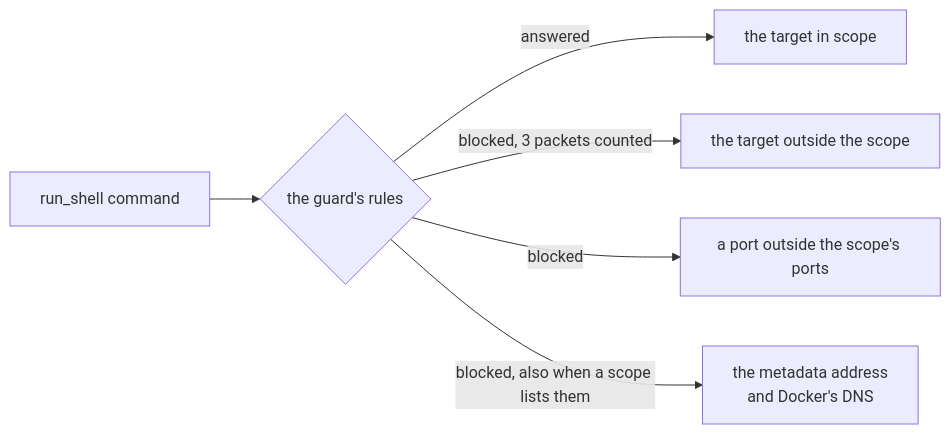
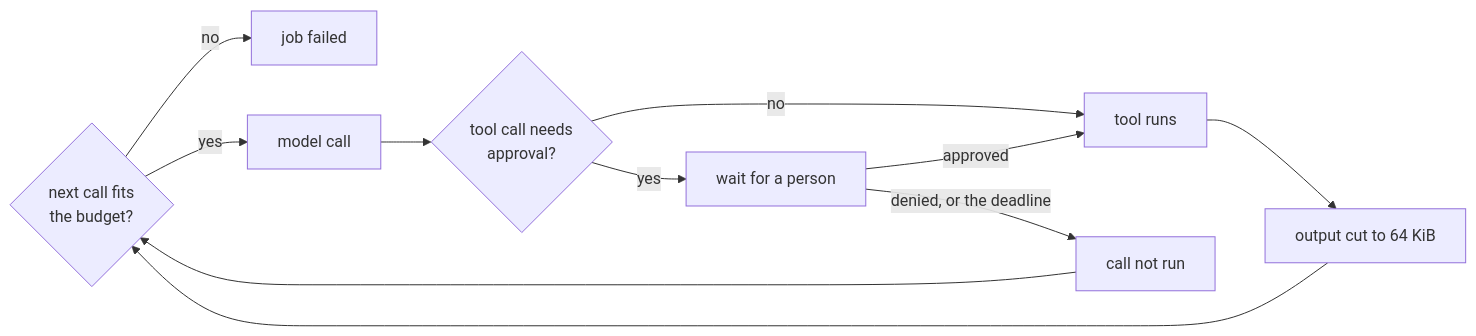
One commit to sindredg/agent-runtime changed the diagram in docs/results/controls.md. Above: the diagram before and after it, drawn with Mermaid. The commit also changed other lines of this file and 6 other files, not shown here.

````diff
--- a/docs/results/controls.md
+++ b/docs/results/controls.md
@@ -68,8 +11,13 @@
 ```mermaid
 flowchart LR
-    C[run_shell command] --> G{the guard's rules}
-    G -->|answered| T1[the target in scope]
-    G -->|blocked, 3 packets counted| T2[the target outside the scope]
-    G -->|blocked| P[a port outside the scope's ports]
-    G -->|blocked, also when a scope lists them| M[the metadata address<br/>and Docker's DNS]
+    B{next call fits<br/>the budget?} -->|no| F[job failed]
+    B -->|yes| M[model call]
+    M --> A{tool call needs<br/>approval?}
+    A -->|no| T[tool runs]
+    A -->|yes| P[wait for a person]
+    P -->|approved| T
+    P -->|denied, or the deadline| N[call not run]
+    T --> C[output cut to 64 KiB]
+    C --> B
+    N --> B
 ```
````
